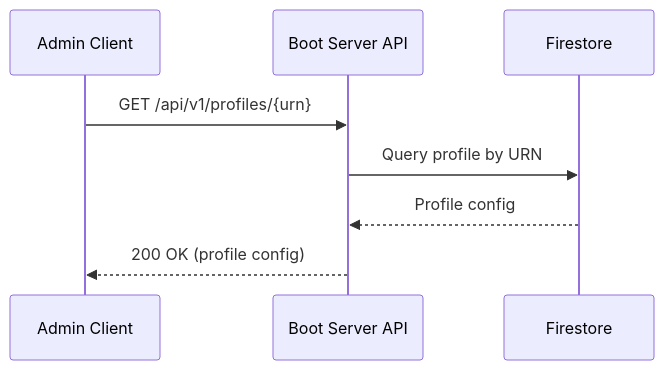
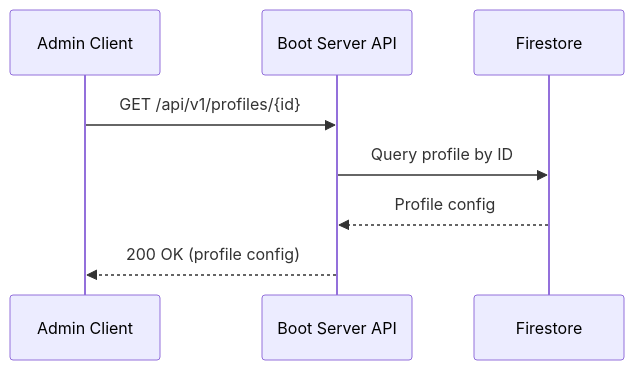
One commit to Zaba505/infra changed diagram 12 of 15 in docs/content/r&d/services/boot/admin-api.md. Above: the diagram before and after it, drawn with Mermaid. The commit also changed other lines of this file and 1 other file, not shown here.

Commit message:
docs(issue-605): update admin api based on resource id adr

````diff
--- a/docs/content/r&d/services/boot/admin-api.md
+++ b/docs/content/r&d/services/boot/admin-api.md
@@ -707,11 +707,11 @@
 ```mermaid
 sequenceDiagram
     participant Client as Admin Client
     participant API as Boot Server API
     participant DB as Firestore
     
-    Client->>API: GET /api/v1/profiles/{urn}
-    API->>DB: Query profile by URN
+    Client->>API: GET /api/v1/profiles/{id}
+    API->>DB: Query profile by ID
     DB-->>API: Profile config
     API-->>Client: 200 OK (profile config)
 ```
````
